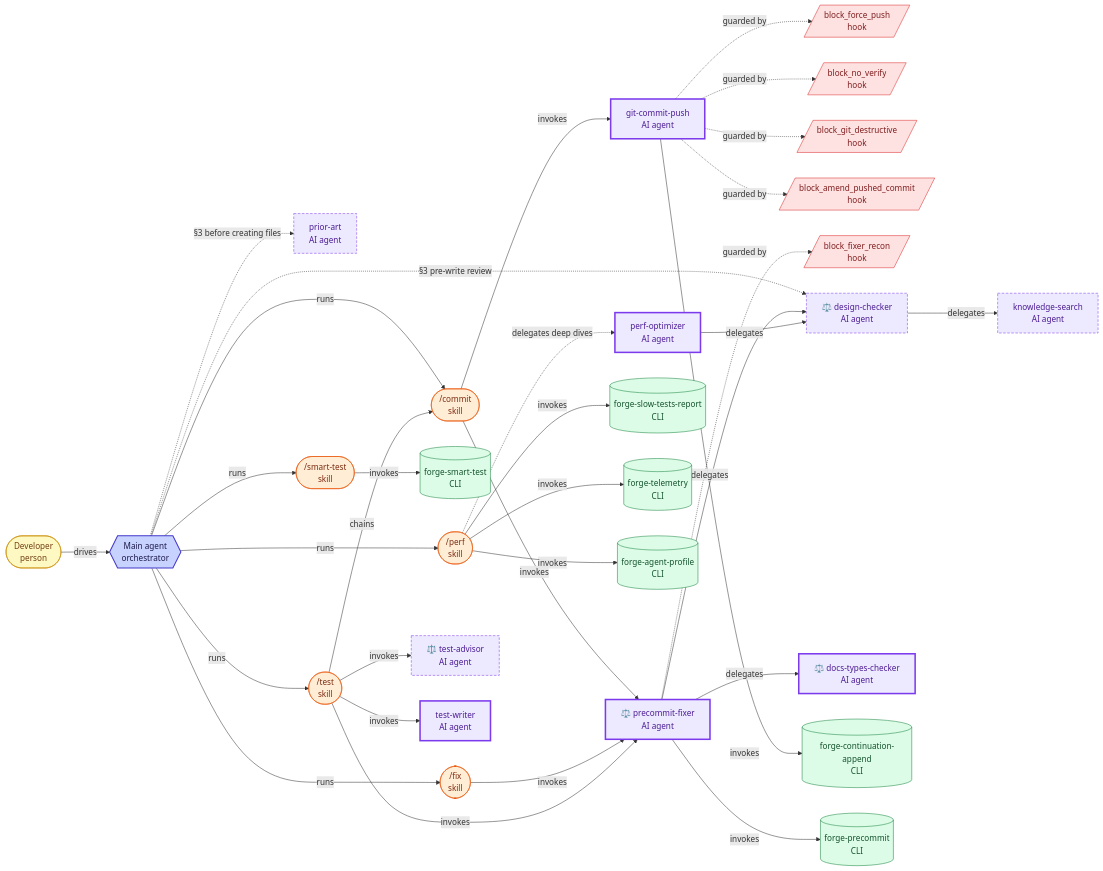
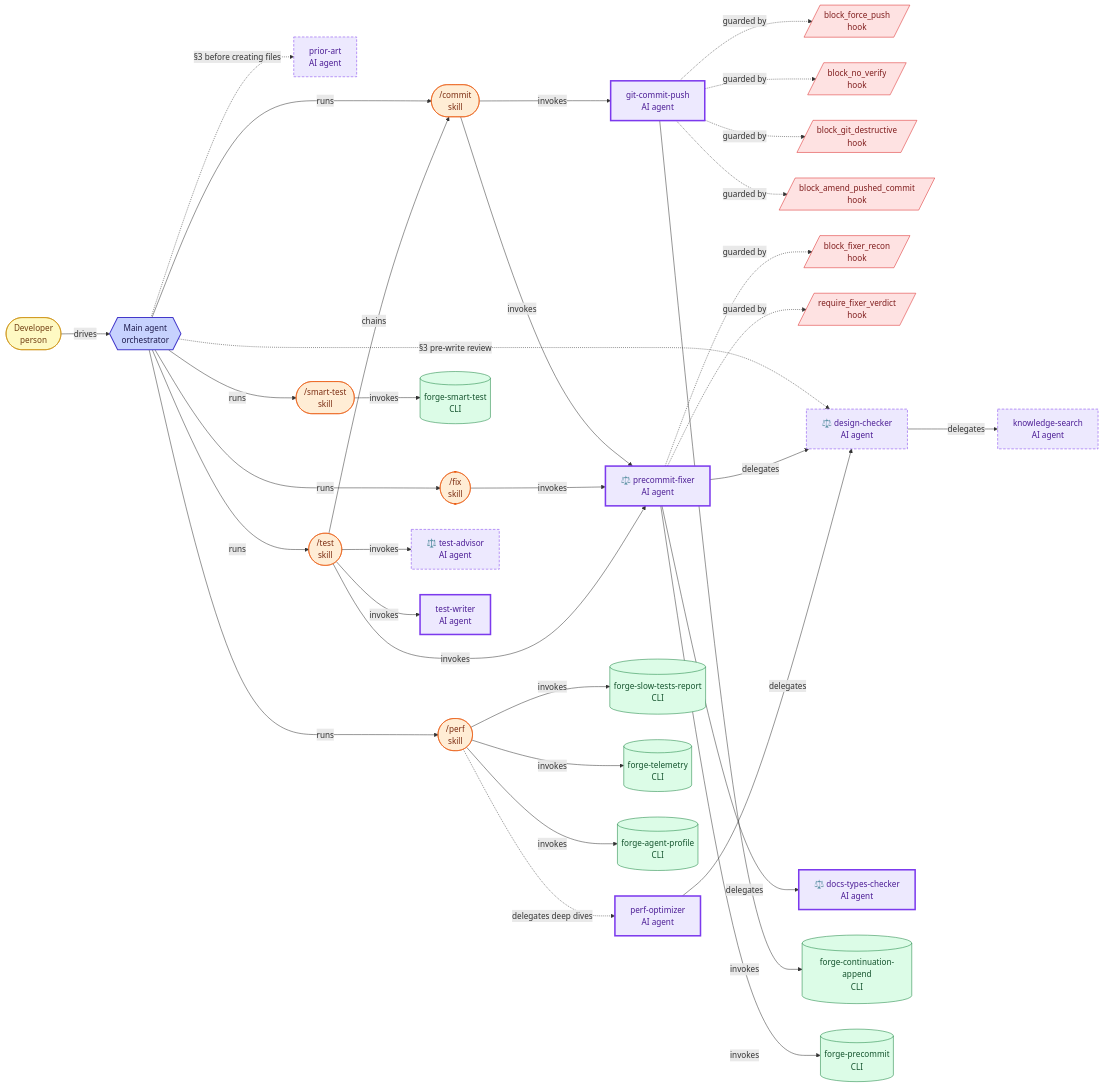
Before and after one commit to misnaej/forge: the second of 7 diagrams in docs/agent-architecture.md, drawn with Mermaid. The commit also changed 29 other files, not shown here.

```diff
--- a/docs/agent-architecture.md
+++ b/docs/agent-architecture.md
@@ -110,6 +110,7 @@
   hk_block_git_destructive[/"block_git_destructive<br/>hook"/]
   hk_block_amend_pushed_commit[/"block_amend_pushed_commit<br/>hook"/]
   hk_block_fixer_recon[/"block_fixer_recon<br/>hook"/]
+  hk_require_fixer_verdict[/"require_fixer_verdict<br/>hook"/]
   sk_commit(["/commit<br/>skill"])
   design_checker["⚖️ design-checker<br/>AI agent"]
   docs_types_checker["⚖️ docs-types-checker<br/>AI agent"]
@@ -160,6 +161,7 @@
   git_commit_push -.->|guarded by| hk_block_git_destructive
   git_commit_push -.->|guarded by| hk_block_amend_pushed_commit
   precommit_fixer -.->|guarded by| hk_block_fixer_recon
+  precommit_fixer -.->|guarded by| hk_require_fixer_verdict
   class human person
   class main_agent orchestrator
   class hk_block_force_push hook
@@ -167,6 +169,7 @@
   class hk_block_git_destructive hook
   class hk_block_amend_pushed_commit hook
   class hk_block_fixer_recon hook
+  class hk_require_fixer_verdict hook
   class sk_commit skill
   class design_checker agent
   class design_checker reporter
```
